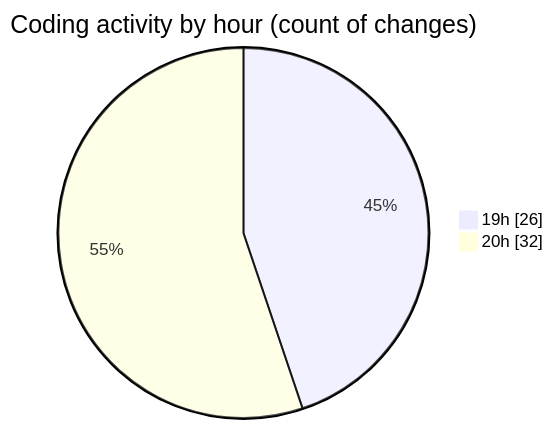
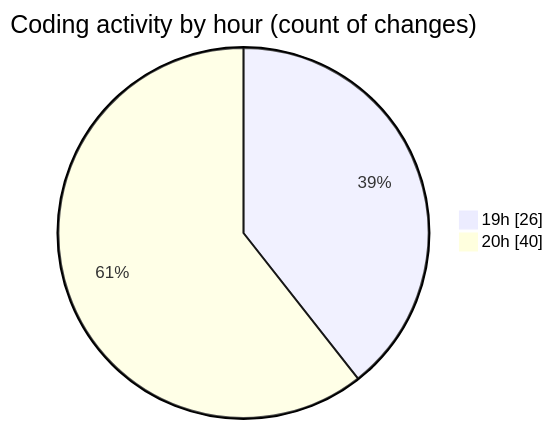
One commit to Ritupan-Deka/code-tracking changed the second of 2 diagrams in 2025-08-24/javascript/README.md. Above: the diagram before and after it, drawn with Mermaid. The commit also changed other lines of this file and 1 other file, not shown here.

````diff
--- a/2025-08-24/javascript/README.md
+++ b/2025-08-24/javascript/README.md
@@ -32,6 +32,6 @@
 ```mermaid
 pie showData
 title Coding activity by hour (count of changes)
 "19h" : 26
-"20h" : 32
+"20h" : 40
 ```
````
